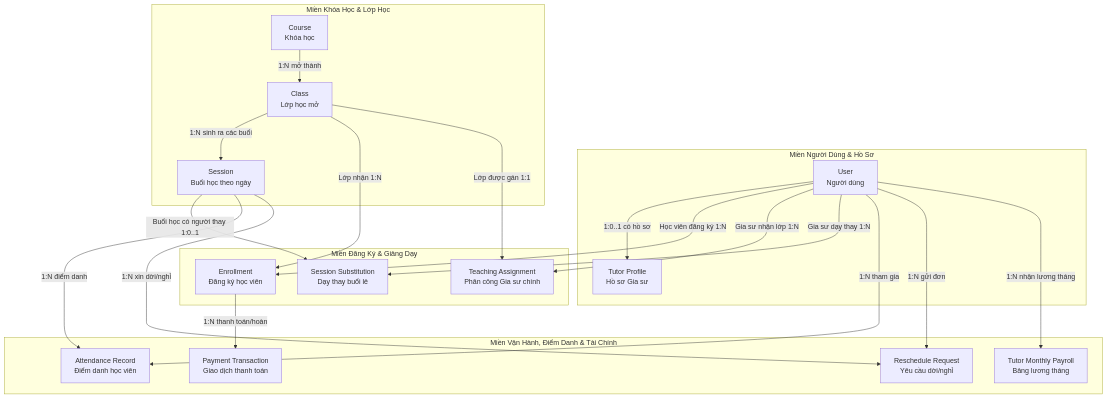
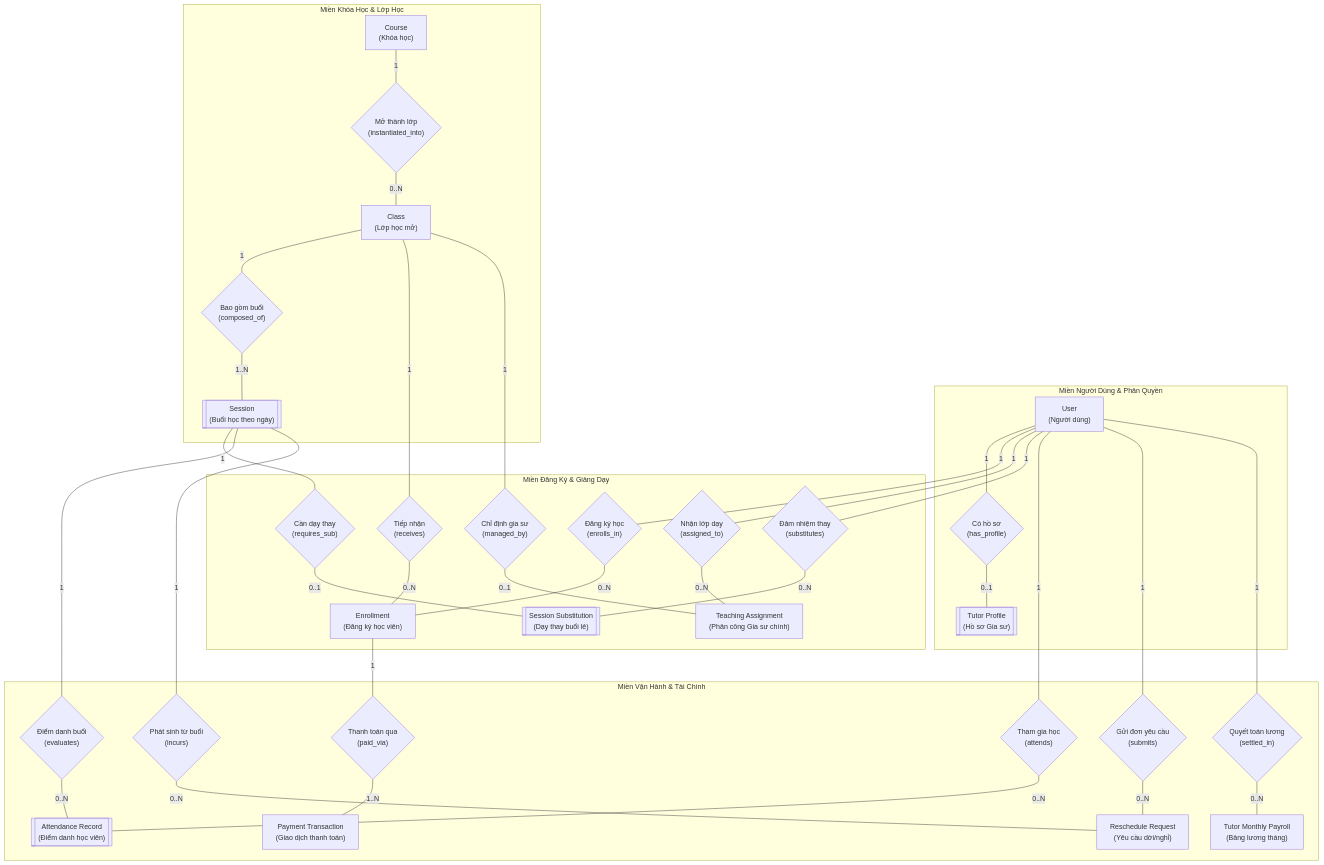
Before and after one commit to Tri-Viet-Tutor/triviettutor: the first of 2 diagrams in Documentation/00-Product-Definition/02-Conceptual-Model.md, drawn with Mermaid. The commit also changed other lines of this file, not shown here.

Commit message:
docs: add conceptual model documentation for product definition

````diff
--- a/Documentation/00-Product-Definition/02-Conceptual-Model.md
+++ b/Documentation/00-Product-Definition/02-Conceptual-Model.md
@@ -59,47 +71,84 @@
 ```mermaid
 flowchart TD
-    subgraph IdentityDomain["Miền Người Dùng & Hồ Sơ"]
-        U[User\nNgười dùng]
-        TP[Tutor Profile\nHồ sơ Gia sư]
-        U -->|1:0..1 có hồ sơ| TP
+    %% =======================================================
+    %% MIỀN 1: NGƯỜI DÙNG & HỒ SƠ
+    %% =======================================================
+    subgraph DomainIdentity["Miền Người Dùng & Phân Quyền"]
+        U["User<br/>(Người dùng)"]
+        TP[["Tutor Profile<br/>(Hồ sơ Gia sư)"]]
+
+        REL_PROFILE{"Có hồ sơ<br/>(has_profile)"}
+
+        U ---|"1"| REL_PROFILE ---|"0..1"| TP
     end
 
-    subgraph AcademicDomain["Miền Khóa Học & Lớp Học"]
-        C[Course\nKhóa học]
-        CLS[Class\nLớp học mở]
-        SES[Session\nBuổi học theo ngày]
-        C -->|1:N mở thành| CLS
-        CLS -->|1:N sinh ra các buổi| SES
+    %% =======================================================
+    %% MIỀN 2: ĐÀO TẠO & LỚP HỌC
+    %% =======================================================
+    subgraph DomainAcademic["Miền Khóa Học & Lớp Học"]
+        C["Course<br/>(Khóa học)"]
+        CLS["Class<br/>(Lớp học mở)"]
+        SES[["Session<br/>(Buổi học theo ngày)"]]
+
+        REL_OPEN{"Mở thành lớp<br/>(instantiated_into)"}
+        REL_COMP{"Bao gồm buổi<br/>(composed_of)"}
+
+        C ---|"1"| REL_OPEN ---|"0..N"| CLS
+        CLS ---|"1"| REL_COMP ---|"1..N"| SES
     end
 
-    subgraph EnrollmentDomain["Miền Đăng Ký & Giảng Dạy"]
-        ENR[Enrollment\nĐăng ký học viên]
-        TA[Teaching Assignment\nPhân công Gia sư chính]
-        SUB[Session Substitution\nDạy thay buổi lẻ]
-        
-        U -->|Học viên đăng ký 1:N| ENR
-        CLS -->|Lớp nhận 1:N| ENR
-        
-        U -->|Gia sư nhận lớp 1:N| TA
-        CLS -->|Lớp được gán 1:1| TA
-        
-        U -->|Gia sư dạy thay 1:N| SUB
-        SES -->|Buổi học có người thay 1:0..1| SUB
+    %% =======================================================
+    %% MIỀN 3: ĐĂNG KÝ & GIẢNG DẠY
+    %% =======================================================
+    subgraph DomainEnrollment["Miền Đăng Ký & Giảng Dạy"]
+        ENR["Enrollment<br/>(Đăng ký học viên)"]
+        TA["Teaching Assignment<br/>(Phân công Gia sư chính)"]
+        SUB[["Session Substitution<br/>(Dạy thay buổi lẻ)"]]
+
+        REL_ENR_U{"Đăng ký học<br/>(enrolls_in)"}
+        REL_ENR_CLS{"Tiếp nhận<br/>(receives)"}
+
+        REL_TA_U{"Nhận lớp dạy<br/>(assigned_to)"}
+        REL_TA_CLS{"Chỉ định gia sư<br/>(managed_by)"}
+
+        REL_SUB_SES{"Cần dạy thay<br/>(requires_sub)"}
+        REL_SUB_U{"Đảm nhiệm thay<br/>(substitutes)"}
+
+        U ---|"1"| REL_ENR_U ---|"0..N"| ENR
+        CLS ---|"1"| REL_ENR_CLS ---|"0..N"| ENR
+
+        U ---|"1"| REL_TA_U ---|"0..N"| TA
+        CLS ---|"1"| REL_TA_CLS ---|"0..1"| TA
+
+        SES ---|"1"| REL_SUB_SES ---|"0..1"| SUB
+        U ---|"1"| REL_SUB_U ---|"0..N"| SUB
     end
 
-    subgraph OperationsDomain["Miền Vận Hành, Điểm Danh & Tài Chính"]
-        ATT[Attendance Record\nĐiểm danh học viên]
-        REQ[Reschedule Request\nYêu cầu dời/nghỉ]
-        PAY[Payment Transaction\nGiao dịch thanh toán]
-        PR[Tutor Monthly Payroll\nBảng lương tháng]
+    %% =======================================================
+    %% MIỀN 4: VẬN HÀNH, ĐIỂM DANH & TÀI CHÍNH
+    %% =======================================================
+    subgraph DomainOperations["Miền Vận Hành & Tài Chính"]
+        ATT[["Attendance Record<br/>(Điểm danh học viên)"]]
+        REQ["Reschedule Request<br/>(Yêu cầu dời/nghỉ)"]
+        PAY["Payment Transaction<br/>(Giao dịch thanh toán)"]
+        PR["Tutor Monthly Payroll<br/>(Bảng lương tháng)"]
 
-        SES -->|1:N điểm danh| ATT
-        U -->|1:N tham gia| ATT
-        
-        SES -->|1:N xin dời/nghỉ| REQ
-        U -->|1:N gửi đơn| REQ
+        REL_ATT_SES{"Điểm danh buổi<br/>(evaluates)"}
+        REL_ATT_U{"Tham gia học<br/>(attends)"}
 
-        ENR -->|1:N thanh toán/hoàn| PAY
-        U -->|1:N nhận lương tháng| PR
+        REL_REQ_SES{"Phát sinh từ buổi<br/>(incurs)"}
+        REL_REQ_U{"Gửi đơn yêu cầu<br/>(submits)"}
+
+        REL_PAY{"Thanh toán qua<br/>(paid_via)"}
+        REL_PR{"Quyết toán lương<br/>(settled_in)"}
+
+        SES ---|"1"| REL_ATT_SES ---|"0..N"| ATT
+        U ---|"1"| REL_ATT_U ---|"0..N"| ATT
+
+        SES ---|"1"| REL_REQ_SES ---|"0..N"| REQ
+        U ---|"1"| REL_REQ_U ---|"0..N"| REQ
+
+        ENR ---|"1"| REL_PAY ---|"1..N"| PAY
+        U ---|"1"| REL_PR ---|"0..N"| PR
     end
 ```
````
